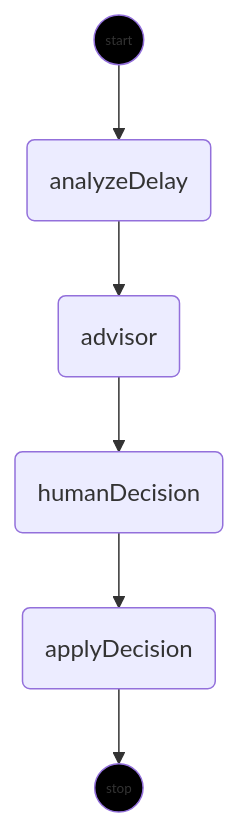
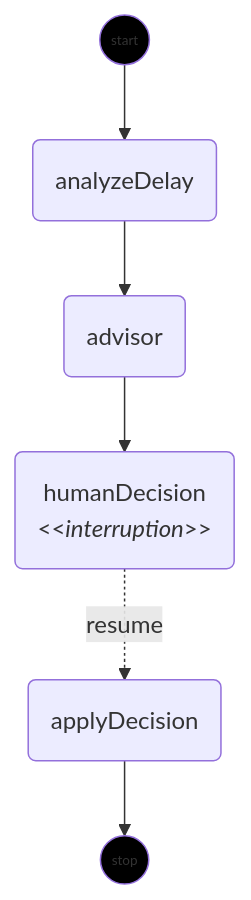
One commit to JohannesRabauer/langgraph4j-demo changed the first of 2 diagrams in README.md. Above: the diagram before and after it, drawn with Mermaid.

Commit message:
Update README.md
add resume label on the diagram

````diff
--- a/README.md
+++ b/README.md
@@ -45,17 +45,18 @@
 ```mermaid
 flowchart TD
 	__START__((start))
 	__END__((stop))
 	analyzeDelay("analyzeDelay")
 	advisor("advisor")
-	humanDecision("humanDecision")
+	humanDecision("humanDecision
+&lt;&lt;<I>interruption</I>>>")
 	applyDecision("applyDecision")
 	__START__:::__START__ --> analyzeDelay:::analyzeDelay
 	analyzeDelay:::analyzeDelay --> advisor:::advisor
 	advisor:::advisor --> humanDecision:::humanDecision
-	humanDecision:::humanDecision --> applyDecision:::applyDecision
+	humanDecision:::humanDecision -. resume .-> applyDecision:::applyDecision
 	applyDecision:::applyDecision --> __END__:::__END__
 
 	classDef __START__ fill:black,stroke-width:1px,font-size:xx-small;
 	classDef __END__ fill:black,stroke-width:1px,font-size:xx-small;
 ```
````
